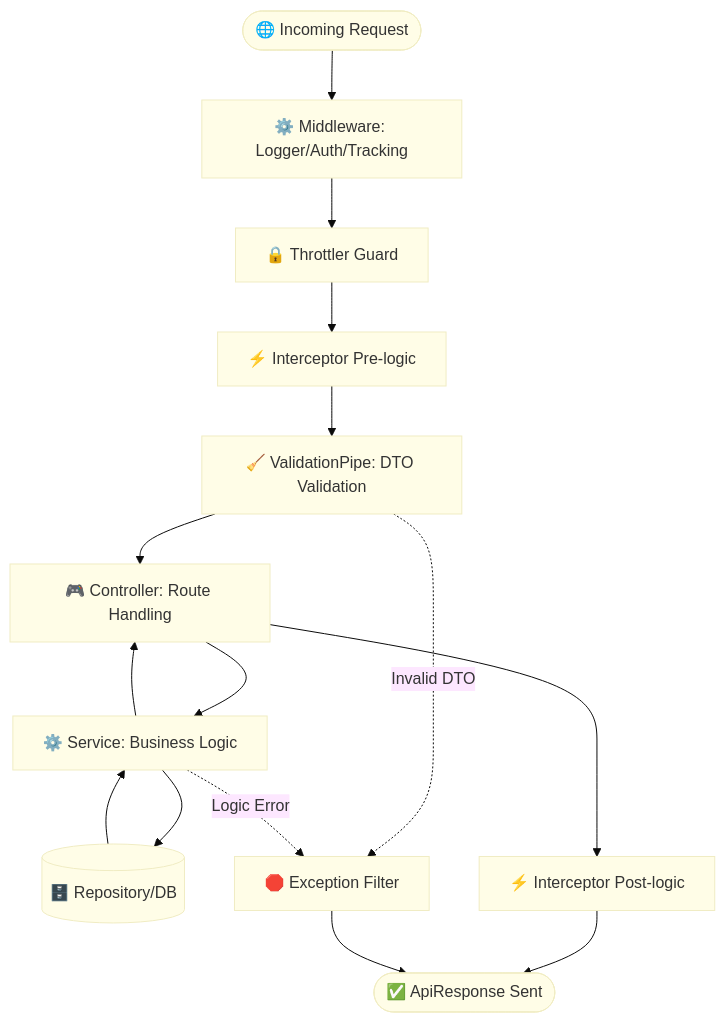
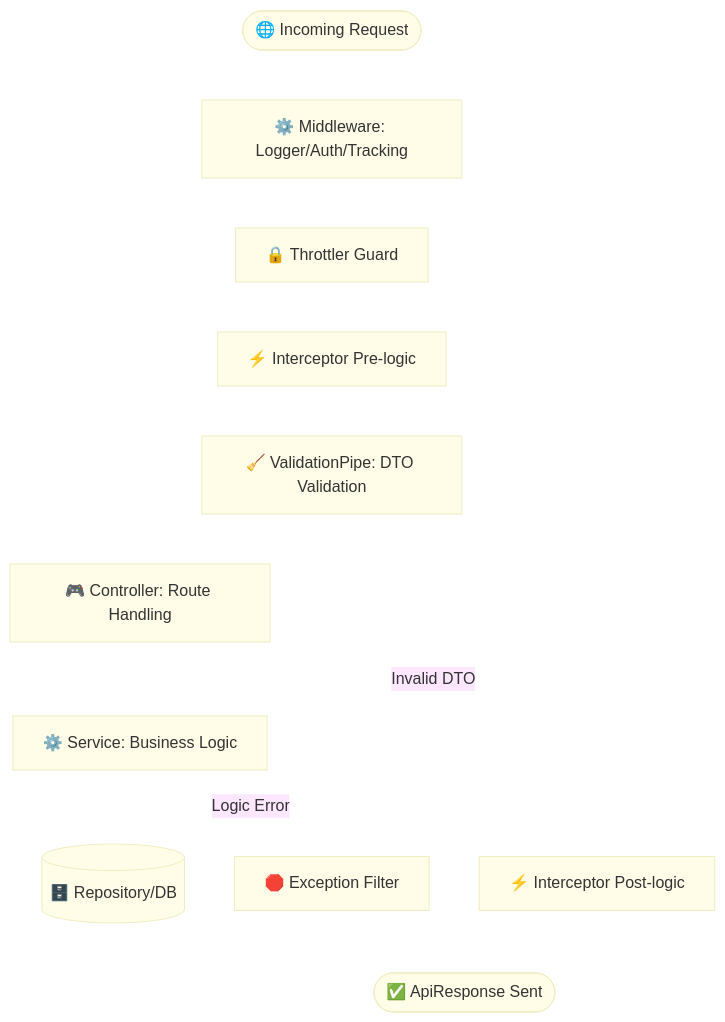
One commit to alvianzf/introduction-to-nest changed the fifth of 5 diagrams in CODEBASE_ANALYSIS.md. Above: the diagram before and after it, drawn with Mermaid. The commit also changed other lines of this file and 2 other files, not shown here.

Commit message:
Enhance Mermaid diagram visibility: Set lines and edges to white

````diff
--- a/CODEBASE_ANALYSIS.md
+++ b/CODEBASE_ANALYSIS.md
@@ -84,20 +84,20 @@
 ```mermaid
-%%{init: {'theme': 'base', 'themeVariables': { 'primaryColor': '#fffde7', 'edgeColor': '#fbc02d', 'tertiaryColor': '#e0f7fa'}}}%%
+%%{init: {'theme': 'base', 'themeVariables': { 'primaryColor': '#fffde7', 'edgeColor': '#ffffff', 'tertiaryColor': '#e0f7fa', 'lineColor': '#ffffff'}}}%%
 graph TD
     Request([🌐 Incoming Request]) --> Middleware[⚙️ Middleware: Logger/Auth/Tracking]
     Middleware --> Guard[🔒 Throttler Guard]
     Guard --> Interceptor_Pre[⚡ Interceptor Pre-logic]
     Interceptor_Pre --> Pipe[🧹 ValidationPipe: DTO Validation]
     Pipe --> Controller[🎮 Controller: Route Handling]
     Controller --> Service[⚙️ Service: Business Logic]
     Service --> Repo[(🗄️ Repository/DB)]
     Repo --> Service
     Service --> Controller
     Controller --> Interceptor_Post[⚡ Interceptor Post-logic]
     Interceptor_Post --> Response([✅ ApiResponse Sent])
     
     %% Error Path
     Pipe -. Invalid DTO .-> Filter[🛑 Exception Filter]
     Service -. Logic Error .-> Filter
     Filter --> Response
 ```
````
